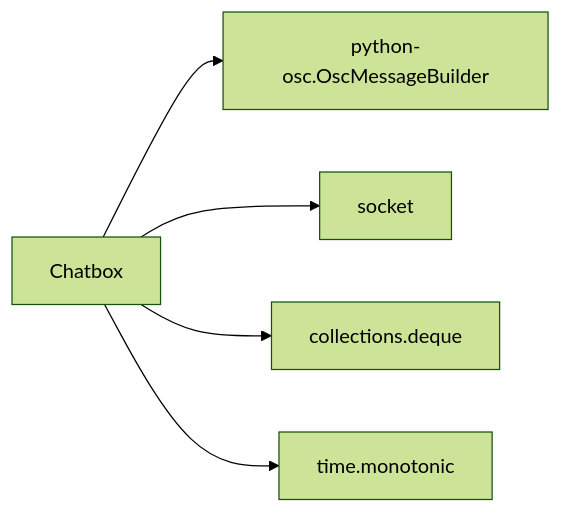
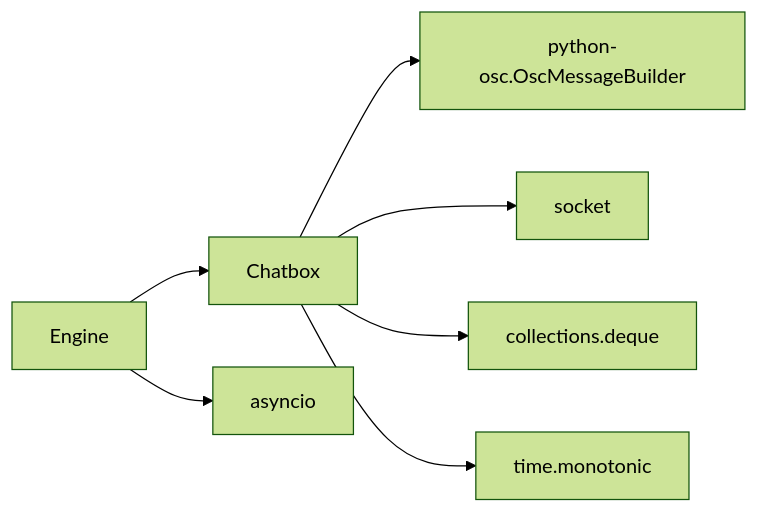
Before and after one commit to EMeowAGENT/vrchat-livetranslate: the eighth of 8 diagrams in .qoder/repowiki/zh/content/输出分发系统/Chatbox 气泡输出.md, drawn with Mermaid (forest theme). The commit also changed other lines of this file and 75 other files, not shown here.

````diff
--- a/.qoder/repowiki/zh/content/输出分发系统/Chatbox 气泡输出.md
+++ b/.qoder/repowiki/zh/content/输出分发系统/Chatbox 气泡输出.md
@@ -271,7 +352,9 @@
 ```mermaid
 graph LR
 Chatbox["Chatbox"] --> PythonOSC["python-osc.OscMessageBuilder"]
 Chatbox --> Socket["socket"]
 Chatbox --> Deque["collections.deque"]
 Chatbox --> Time["time.monotonic"]
+Engine["Engine"] --> AsyncIO["asyncio"]
+Engine --> Chatbox
 ```
````
